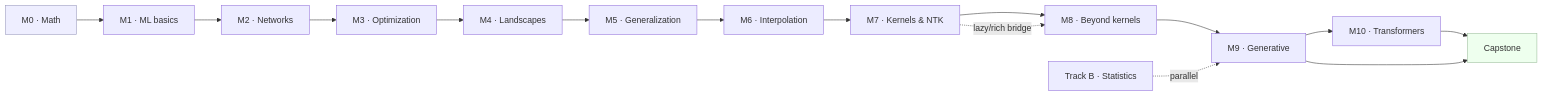
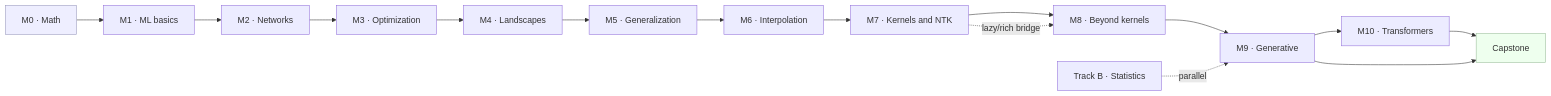
The diagram in docs/course-map.md (hanjidani/todl-course), drawn with Mermaid before and after one commit. The commit also changed other lines of this file and 1 other file, not shown here.

Commit message:
fix mermaid: use just-the-docs native code-fence support (mermaid: true); drop pacing admin line

````diff
--- a/docs/course-map.md
+++ b/docs/course-map.md
@@ -17,12 +14,12 @@
-<div class="mermaid">
+```mermaid
 flowchart LR
     M0["M0 · Math"] --> M1["M1 · ML basics"] --> M2["M2 · Networks"] --> M3["M3 · Optimization"] --> M4["M4 · Landscapes"]
-    M4 --> M5["M5 · Generalization"] --> M6["M6 · Interpolation"] --> M7["M7 · Kernels & NTK"]
+    M4 --> M5["M5 · Generalization"] --> M6["M6 · Interpolation"] --> M7["M7 · Kernels and NTK"]
     M7 --> M8["M8 · Beyond kernels"] --> M9["M9 · Generative"] --> M10["M10 · Transformers"]
     TB["Track B · Statistics"] -. parallel .-> M9
     M10 --> CAP["Capstone"]
     M9 --> CAP
     M7 -. "lazy/rich bridge" .-> M8
     style M0 fill:#eef,stroke:#99b
     style CAP fill:#efe,stroke:#9b9
-</div>
+```
````
